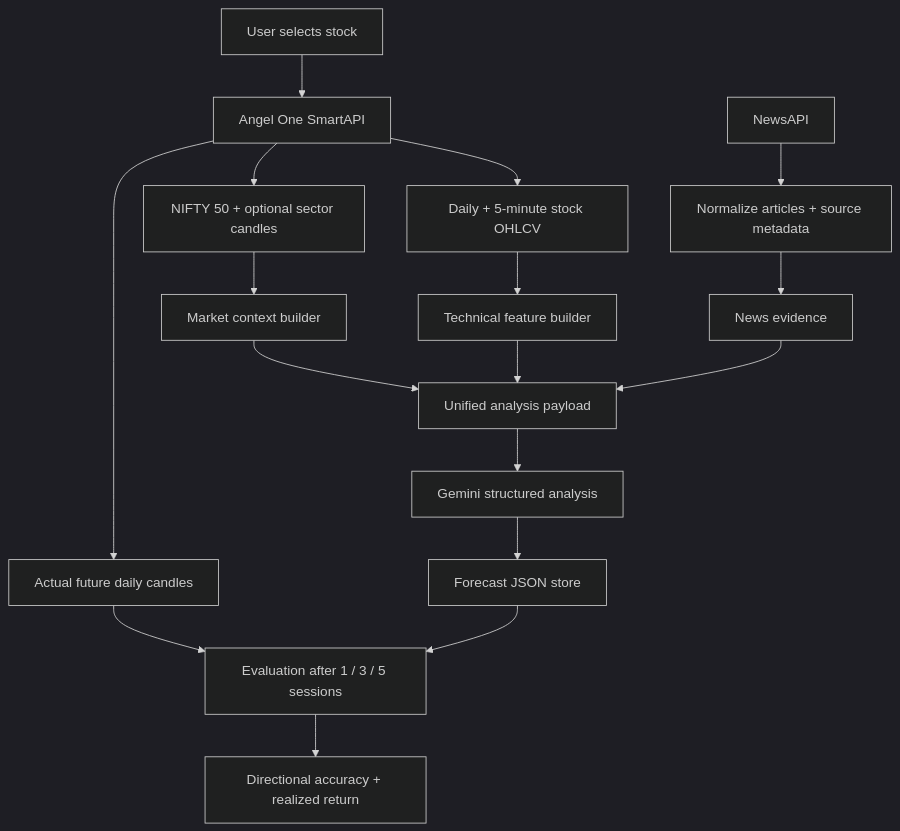
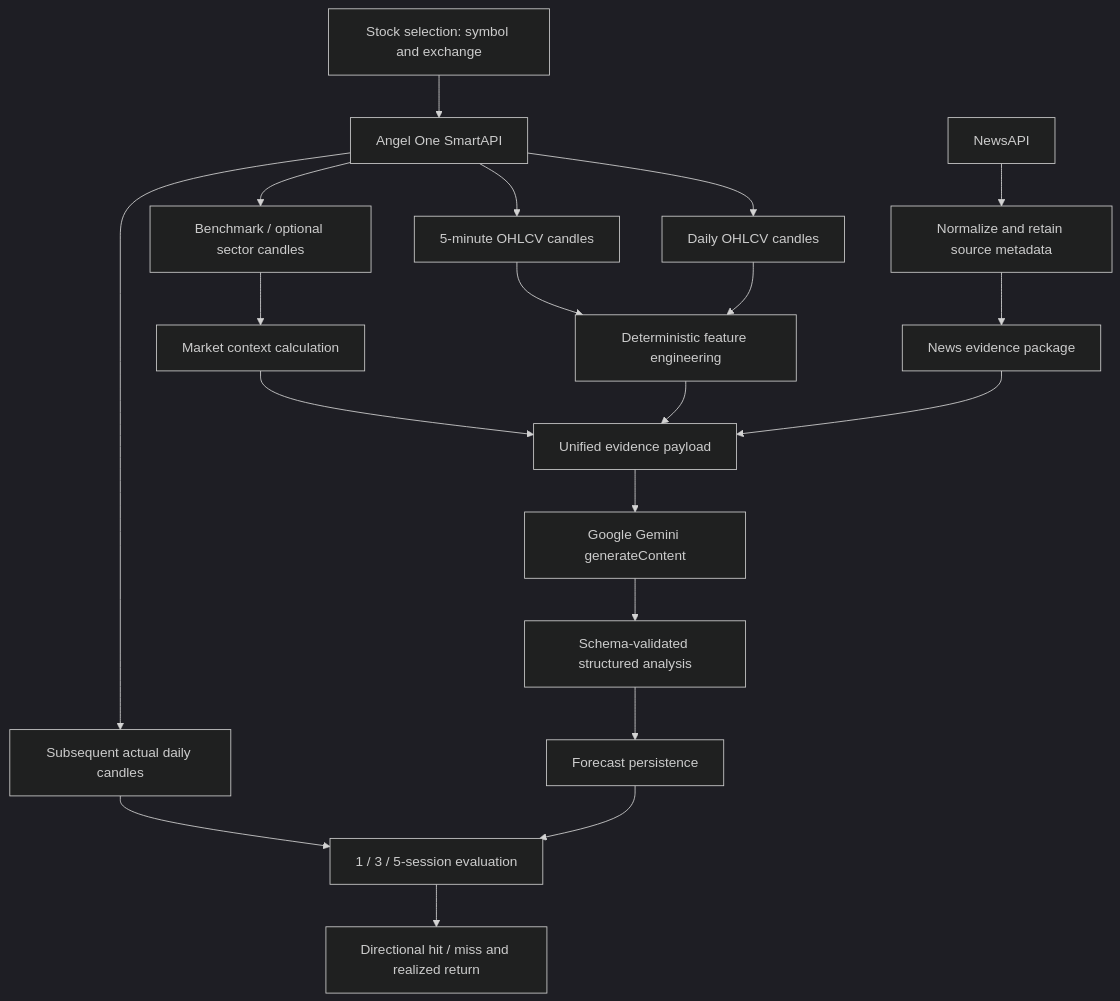
One commit to sarthakpande108/genai-trading-engine changed the first of 2 diagrams in README.md. Above: the diagram before and after it, drawn with Mermaid (dark theme). The commit also changed other lines of this file, not shown here.

Commit message:
Document GenAI and quantitative paper trading architecture

````diff
--- a/README.md
+++ b/README.md
@@ -23,19 +27,22 @@
 ```mermaid
 flowchart TD
-    A[User selects stock] --> B[Angel One SmartAPI]
-    B --> C[Daily + 5-minute stock OHLCV]
-    B --> D[NIFTY 50 + optional sector candles]
-    E[NewsAPI] --> F[Normalize articles + source metadata]
-    C --> G[Technical feature builder]
-    D --> H[Market context builder]
-    F --> I[News evidence]
-    G --> J[Unified analysis payload]
-    H --> J
-    I --> J
-    J --> K[Gemini structured analysis]
-    K --> L[Forecast JSON store]
-    L --> M[Evaluation after 1 / 3 / 5 sessions]
-    B --> N[Actual future daily candles]
-    N --> M
-    M --> O[Directional accuracy + realized return]
+    A[Stock selection: symbol and exchange] --> B[Angel One SmartAPI]
+    B --> C[Daily OHLCV candles]
+    B --> D[5-minute OHLCV candles]
+    B --> E[Benchmark / optional sector candles]
+    F[NewsAPI] --> G[Normalize and retain source metadata]
+    C --> H[Deterministic feature engineering]
+    D --> H
+    E --> I[Market context calculation]
+    G --> J[News evidence package]
+    H --> K[Unified evidence payload]
+    I --> K
+    J --> K
+    K --> L[Google Gemini generateContent]
+    L --> M[Schema-validated structured analysis]
+    M --> N[Forecast persistence]
+    N --> O[1 / 3 / 5-session evaluation]
+    B --> P[Subsequent actual daily candles]
+    P --> O
+    O --> Q[Directional hit / miss and realized return]
 ```
````
